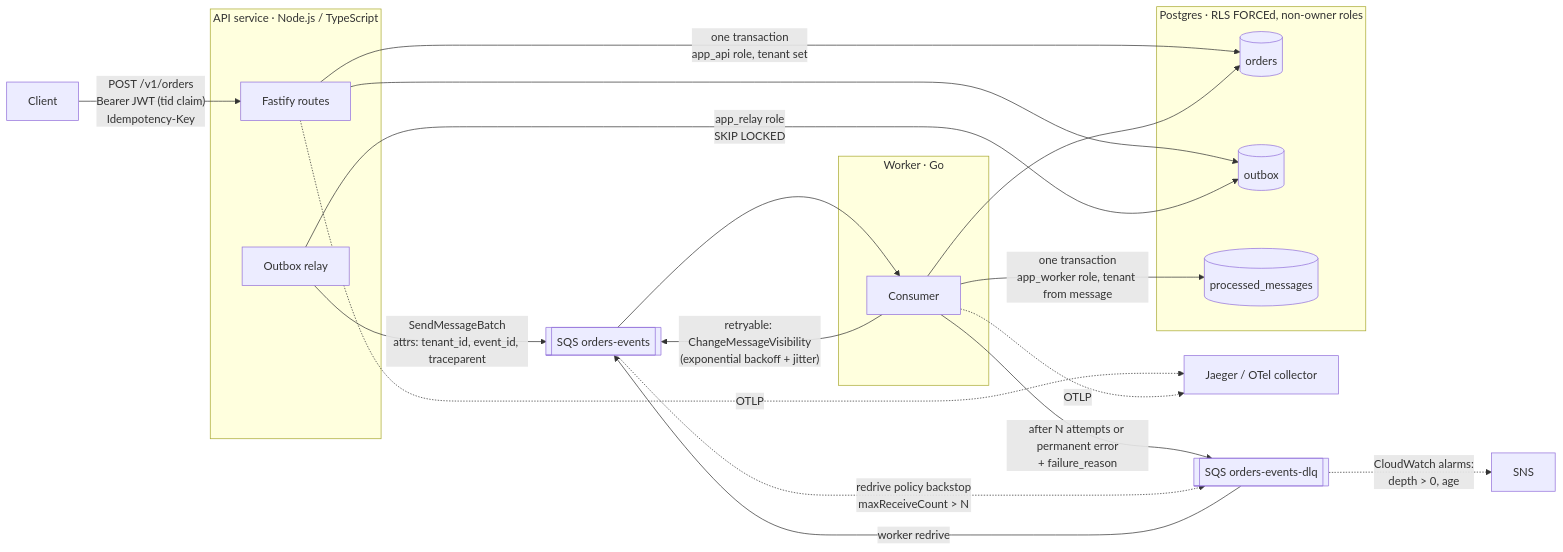
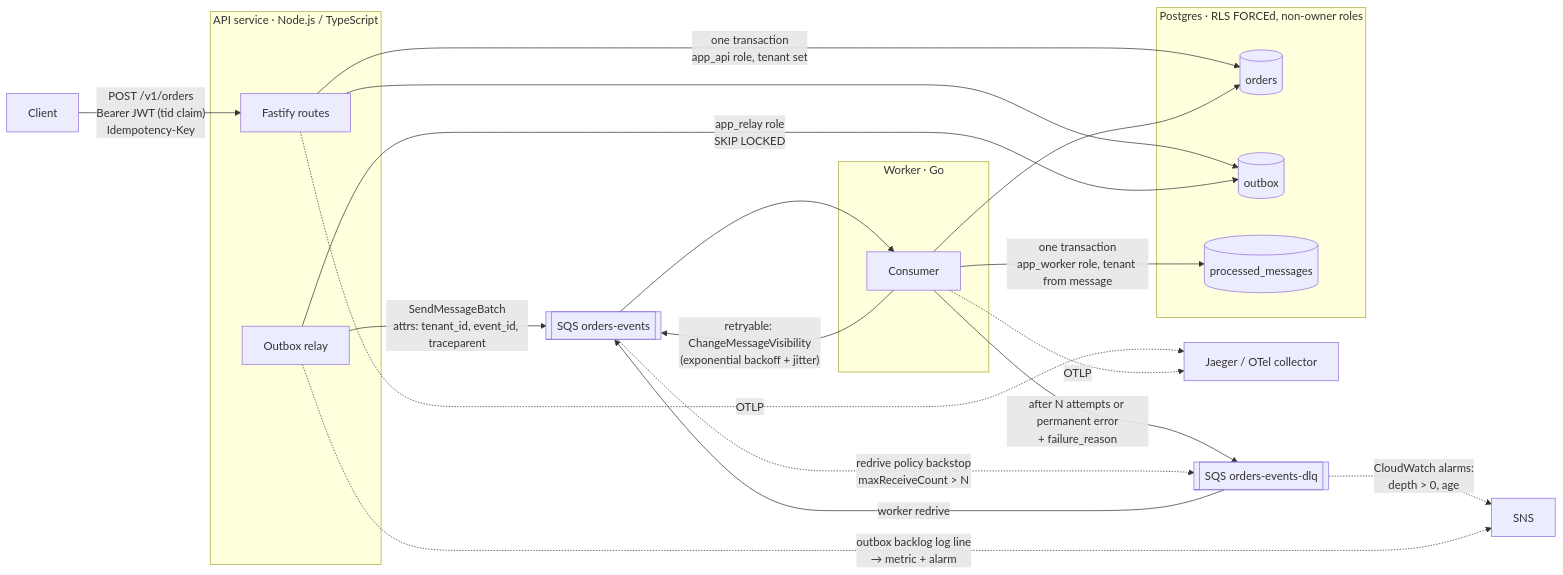
The second of 2 diagrams in README.md (the-vishal-kumar/multi-tenant-event-driven-ref), drawn with Mermaid before and after one commit. The commit also changed other lines of this file and 22 other files, not shown here.

````diff
--- a/README.md
+++ b/README.md
@@ -31,36 +83,37 @@
 ```mermaid
 flowchart LR
   C[Client] -- "POST /v1/orders<br/>Bearer JWT (tid claim)<br/>Idempotency-Key" --> API
 
   subgraph api [API service · Node.js / TypeScript]
     API[Fastify routes]
     R[Outbox relay]
   end
 
   subgraph pg [Postgres · RLS FORCEd, non-owner roles]
     O[(orders)]
     OB[(outbox)]
     PM[(processed_messages)]
   end
 
   API -- "one transaction<br/>app_api role, tenant set" --> O
   API --> OB
   R -- "app_relay role<br/>SKIP LOCKED" --> OB
   R -- "SendMessageBatch<br/>attrs: tenant_id, event_id, traceparent" --> Q[[SQS orders-events]]
   Q --> W
 
   subgraph worker [Worker · Go]
     W[Consumer]
   end
 
   W -- "one transaction<br/>app_worker role, tenant from message" --> PM
   W --> O
   W -- "retryable: ChangeMessageVisibility<br/>(exponential backoff + jitter)" --> Q
   W -- "after N attempts or permanent error<br/>+ failure_reason" --> DLQ[[SQS orders-events-dlq]]
   DLQ -- "worker redrive" --> Q
   Q -. "redrive policy backstop<br/>maxReceiveCount > N" .-> DLQ
 
   API -. OTLP .-> J[Jaeger / OTel collector]
   W -. OTLP .-> J
   DLQ -. "CloudWatch alarms:<br/>depth > 0, age" .-> AL[SNS]
+  R -. "outbox backlog log line<br/>→ metric + alarm" .-> AL
 ```
````
